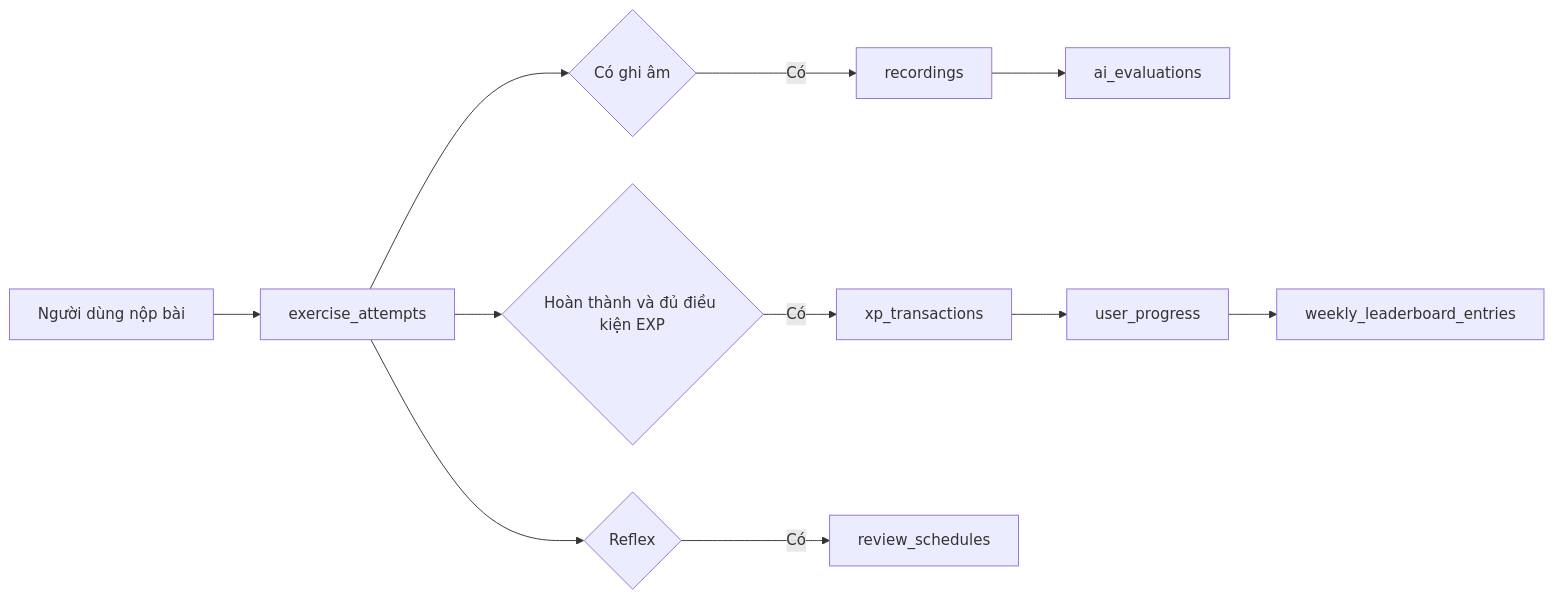
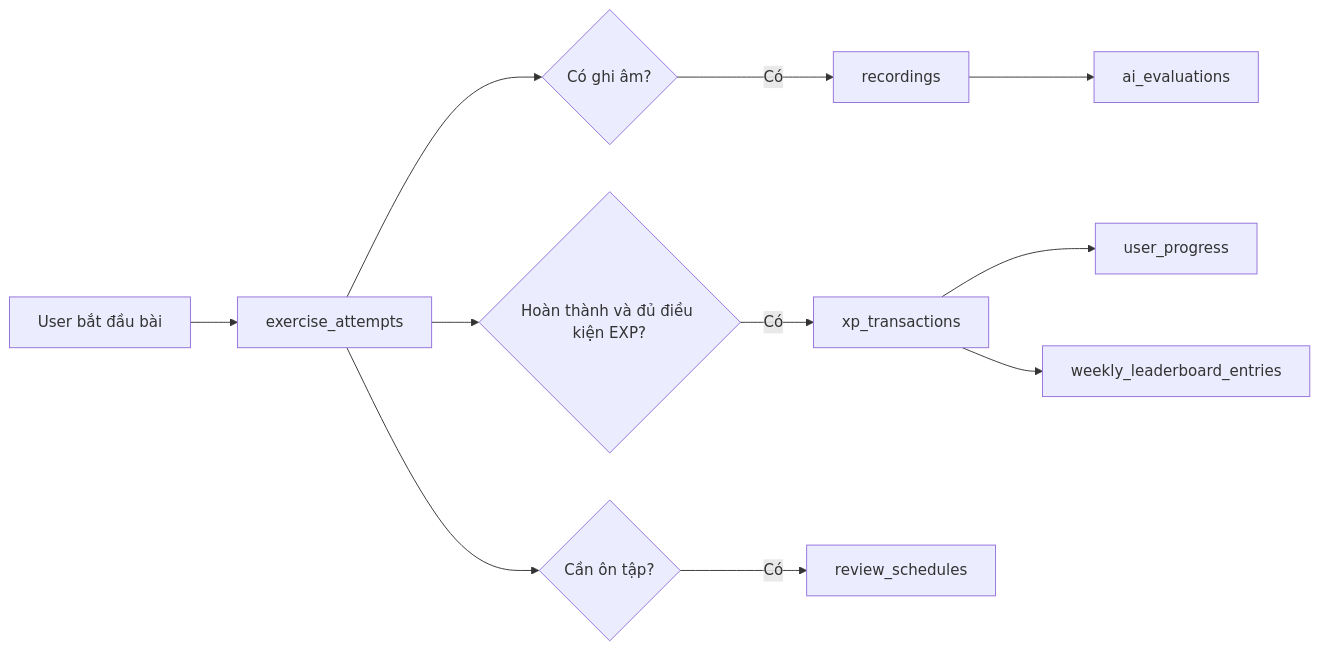
One commit to mrthinh307/kaiwa-up changed the sixth of 6 diagrams in docs/05-database.md. Above: the diagram before and after it, drawn with Mermaid. The commit also changed other lines of this file and 29 other files, not shown here.

````diff
--- a/docs/05-database.md
+++ b/docs/05-database.md
@@ -352,13 +510,13 @@
 ```mermaid
 flowchart LR
-    A[Người dùng nộp bài] --> B[exercise_attempts]
-    B --> C{Có ghi âm}
-    C -->|Có| E[recordings]
-    E --> F[ai_evaluations]
-    B --> G{Hoàn thành và đủ điều kiện EXP}
-    G -->|Có| H[xp_transactions]
-    H --> I[user_progress]
-    I --> J[weekly_leaderboard_entries]
-    B --> K{Reflex}
-    K -->|Có| L[review_schedules]
+    A[User bắt đầu bài] --> B[exercise_attempts]
+    B --> C{Có ghi âm?}
+    C -->|Có| D[recordings]
+    D --> E[ai_evaluations]
+    B --> F{Hoàn thành và đủ điều kiện EXP?}
+    F -->|Có| G[xp_transactions]
+    G --> H[user_progress]
+    G --> I[weekly_leaderboard_entries]
+    B --> J{Cần ôn tập?}
+    J -->|Có| K[review_schedules]
 ```
````
